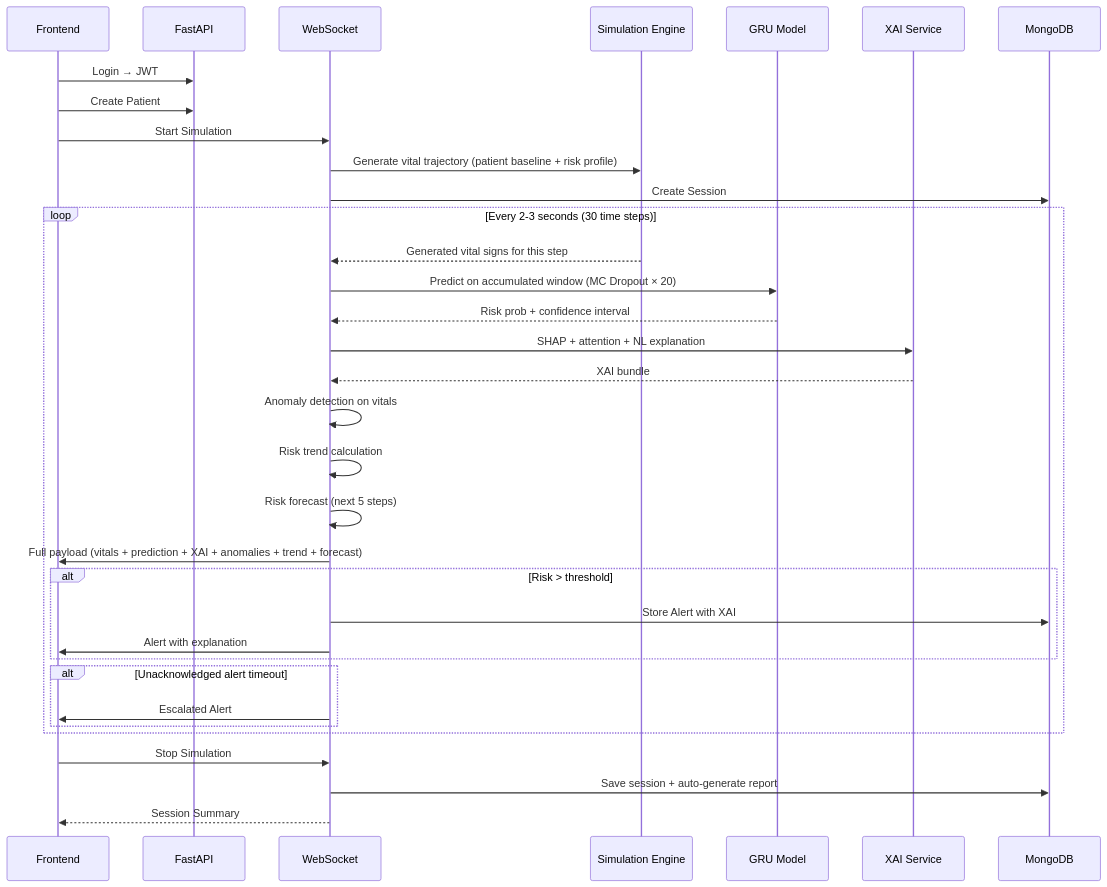
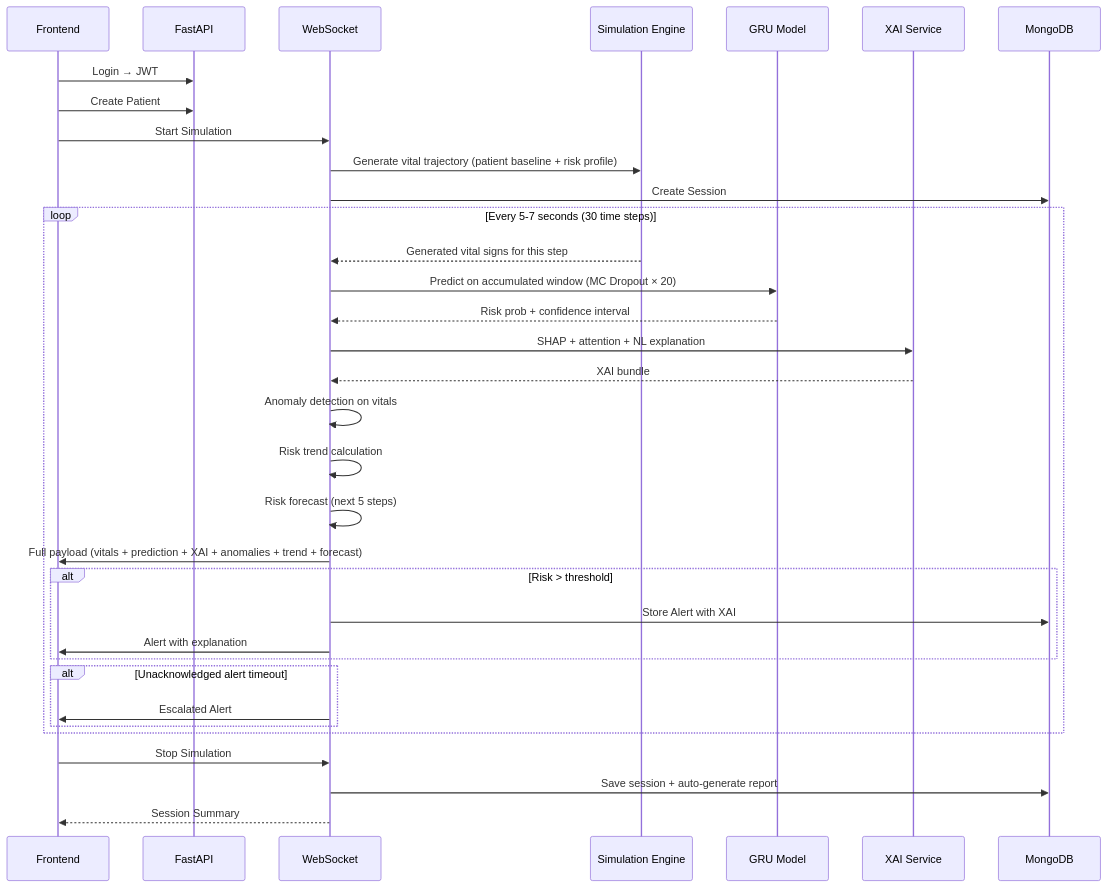
Before and after one commit to WaryFriend456/DialysisGuard: the third of 3 diagrams in Readme.md, drawn with Mermaid. The commit also changed other lines of this file and 42 other files, not shown here.

Commit message:
feat: implement core backend services, prediction routing, and frontend authentication flow

````diff
--- a/Readme.md
+++ b/Readme.md
@@ -519,40 +528,40 @@
 ```mermaid
 sequenceDiagram
     participant U as Frontend
     participant API as FastAPI
     participant WS as WebSocket
     participant SIM as Simulation Engine
     participant ML as GRU Model
     participant XAI as XAI Service
     participant DB as MongoDB
 
     U->>API: Login → JWT
     U->>API: Create Patient
     U->>WS: Start Simulation
 
     WS->>SIM: Generate vital trajectory (patient baseline + risk profile)
     WS->>DB: Create Session
 
-    loop Every 2-3 seconds (30 time steps)
+    loop Every 5-7 seconds (30 time steps)
         SIM-->>WS: Generated vital signs for this step
         WS->>ML: Predict on accumulated window (MC Dropout × 20)
         ML-->>WS: Risk prob + confidence interval
         WS->>XAI: SHAP + attention + NL explanation
         XAI-->>WS: XAI bundle
         WS->>WS: Anomaly detection on vitals
         WS->>WS: Risk trend calculation
         WS->>WS: Risk forecast (next 5 steps)
         WS->>U: Full payload (vitals + prediction + XAI + anomalies + trend + forecast)
         alt Risk > threshold
             WS->>DB: Store Alert with XAI
             WS->>U: Alert with explanation
         end
         alt Unacknowledged alert timeout
             WS->>U: Escalated Alert
         end
     end
 
     U->>WS: Stop Simulation
     WS->>DB: Save session + auto-generate report
     WS-->>U: Session Summary
 ```
````
